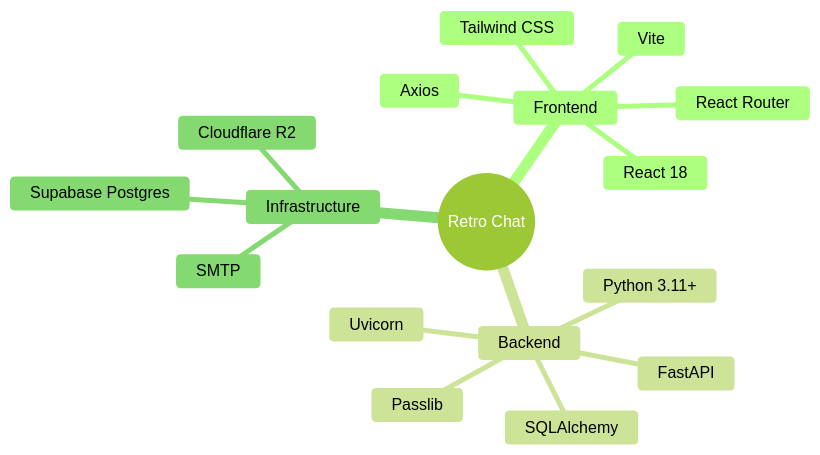
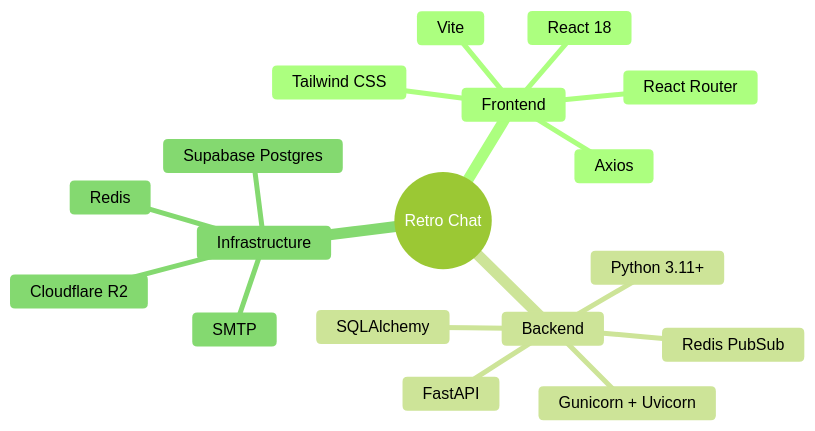
Before and after one commit to numankhan2007/RETRO-CHAT: the second of 3 diagrams in README.md, drawn with Mermaid (forest theme). The commit also changed 11 other files, not shown here.

Commit message:
Production hardened: Redis PubSub WebSockets, Redis OTP caching, HTML OTP Email, Render deployment fixes

````diff
--- a/README.md
+++ b/README.md
@@ -106,20 +106,21 @@
 ```mermaid
 mindmap
   root((Retro Chat))
     Frontend
       React 18
       Vite
       Tailwind CSS
       React Router
       Axios
     Backend
       Python 3.11+
       FastAPI
       SQLAlchemy
-      Uvicorn
-      Passlib
+      Gunicorn + Uvicorn
+      Redis PubSub
     Infrastructure
       Supabase Postgres
+      Redis
       Cloudflare R2
       SMTP
 ```
````
